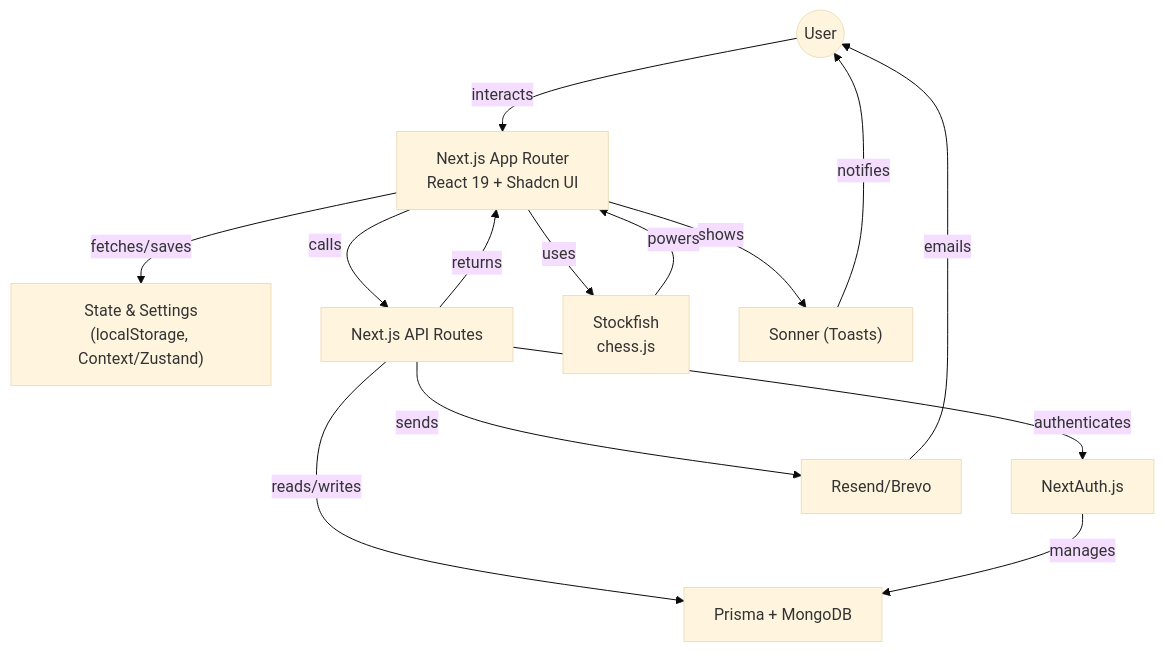
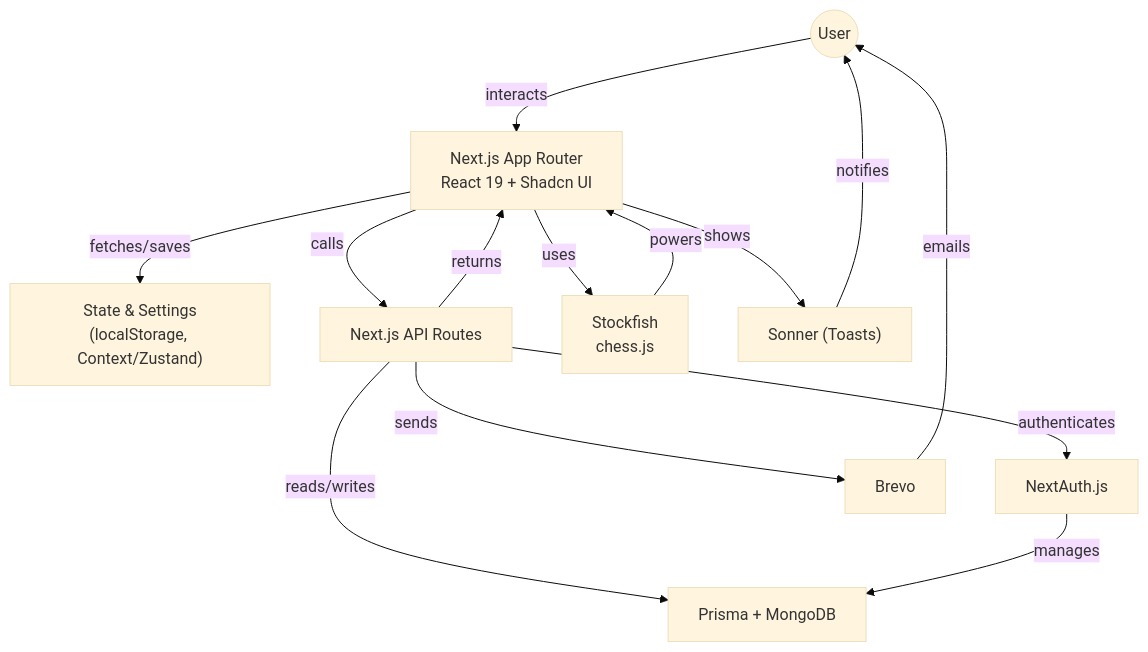
Before and after one commit to jhn322/nextmove: the diagram in README.md, drawn with Mermaid (base theme). The commit also changed other lines of this file, not shown here.

````diff
--- a/README.md
+++ b/README.md
@@ -58,26 +58,26 @@
 ```mermaid
 graph TD
   User((User))
   Frontend["Next.js App Router\nReact 19 + Shadcn UI"]
   State["State & Settings\n(localStorage, Context/Zustand)"]
   API["Next.js API Routes"]
   Auth["NextAuth.js"]
   DB["Prisma + MongoDB"]
   ChessEngine["Stockfish\nchess.js"]
-  Email["Resend/Brevo"]
+  Email["Brevo"]
   Notification["Sonner (Toasts)"]
 
   User -- interacts --> Frontend
   Frontend -- fetches/saves --> State
   Frontend -- calls --> API
   Frontend -- shows --> Notification
   Frontend -- uses --> ChessEngine
   API -- authenticates --> Auth
   API -- reads/writes --> DB
   API -- sends --> Email
   API -- returns --> Frontend
   Auth -- manages --> DB
   ChessEngine -- powers --> Frontend
   Notification -- notifies --> User
   Email -- emails --> User
 ```
````
